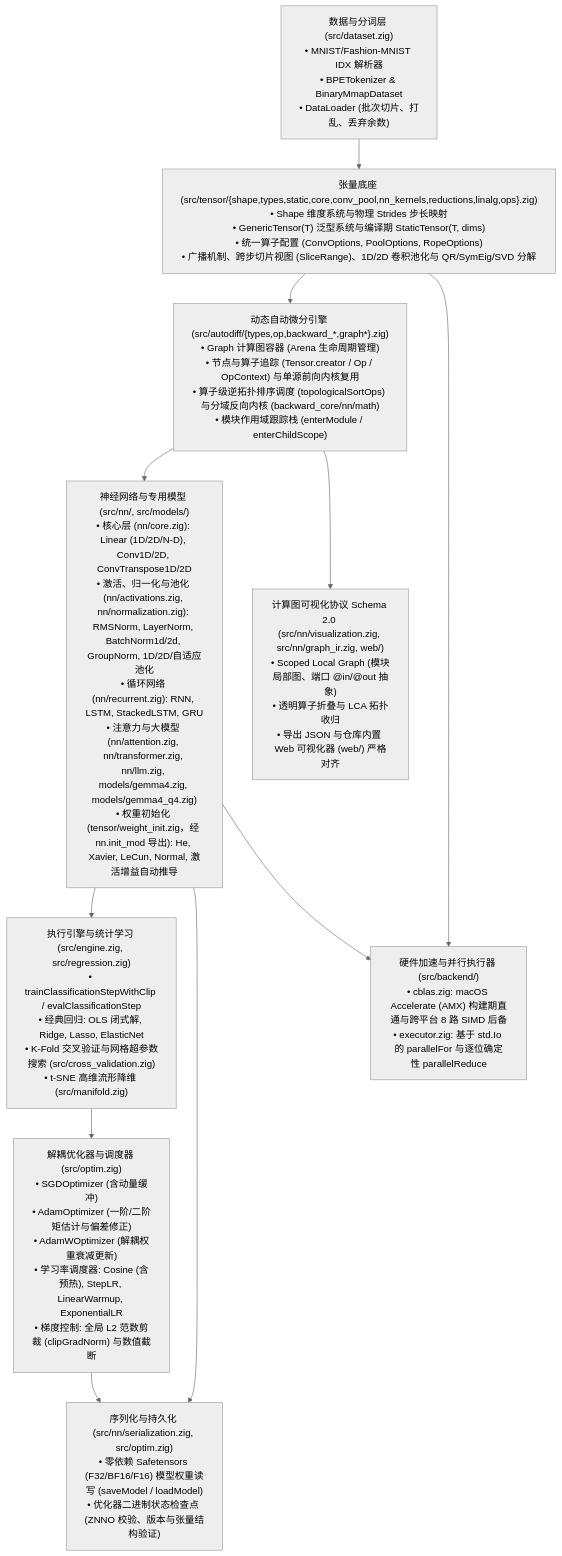
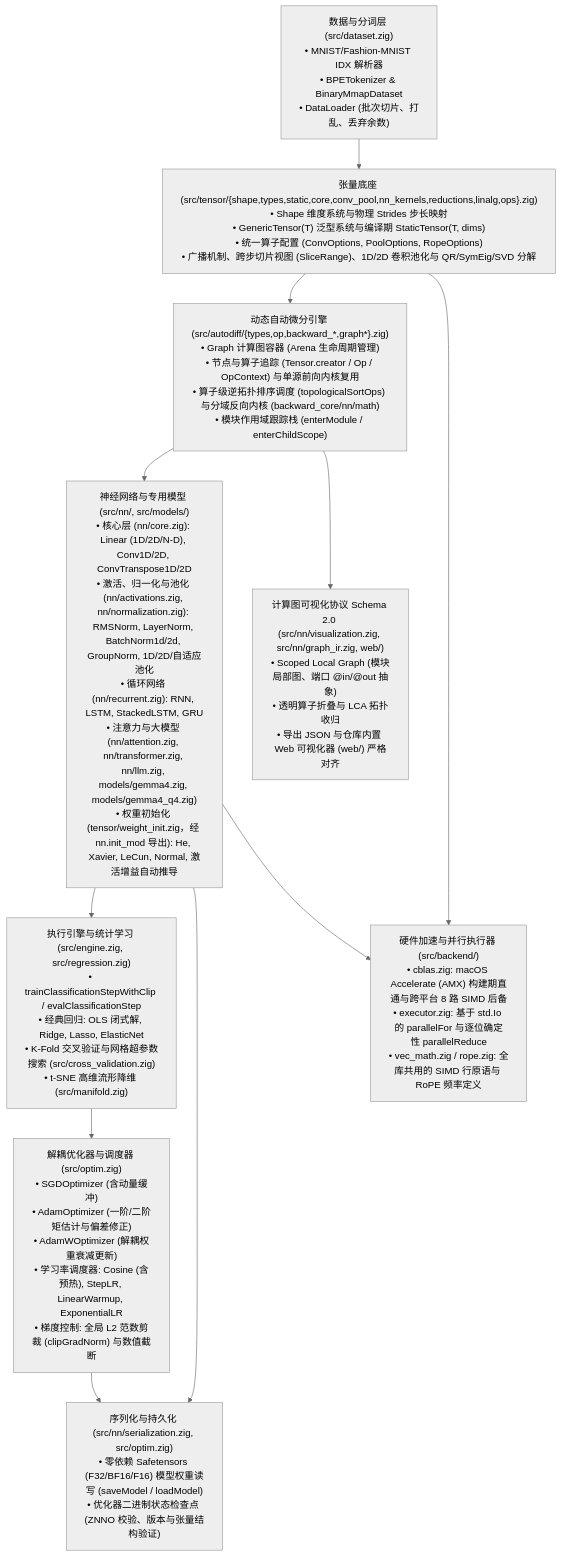
Before and after one commit to chen-gz/znn: the first of 3 diagrams in doc/architecture.md, drawn with Mermaid (neutral theme). The commit also changed other lines of this file and 1 other file, not shown here.

First line of the commit message:
docs(architecture): document shared vec_math, RopeTable and embedding lookup

````diff
--- a/doc/architecture.md
+++ b/doc/architecture.md
@@ -87,31 +90,31 @@
 ```mermaid
 flowchart TD
     Dataset["数据与分词层 (src/dataset.zig)\n• MNIST/Fashion-MNIST IDX 解析器\n• BPETokenizer & BinaryMmapDataset\n• DataLoader (批次切片、打乱、丢弃余数)"]
     
     TensorCore["张量底座 (src/tensor/{shape,types,static,core,conv_pool,nn_kernels,reductions,linalg,ops}.zig)\n• Shape 维度系统与物理 Strides 步长映射\n• GenericTensor(T) 泛型系统与编译期 StaticTensor(T, dims)\n• 统一算子配置 (ConvOptions, PoolOptions, RopeOptions)\n• 广播机制、跨步切片视图 (SliceRange)、1D/2D 卷积池化与 QR/SymEig/SVD 分解"]
     
     Autodiff["动态自动微分引擎 (src/autodiff/{types,op,backward_*,graph*}.zig)\n• Graph 计算图容器 (Arena 生命周期管理)\n• 节点与算子追踪 (Tensor.creator / Op / OpContext) 与单源前向内核复用\n• 算子级逆拓扑排序调度 (topologicalSortOps) 与分域反向内核 (backward_core/nn/math)\n• 模块作用域跟踪栈 (enterModule / enterChildScope)"]
     
     NNModules["神经网络与专用模型 (src/nn/, src/models/)\n• 核心层 (nn/core.zig): Linear (1D/2D/N-D), Conv1D/2D, ConvTranspose1D/2D\n• 激活、归一化与池化 (nn/activations.zig, nn/normalization.zig): RMSNorm, LayerNorm, BatchNorm1d/2d, GroupNorm, 1D/2D/自适应池化\n• 循环网络 (nn/recurrent.zig): RNN, LSTM, StackedLSTM, GRU\n• 注意力与大模型 (nn/attention.zig, nn/transformer.zig, nn/llm.zig, models/gemma4.zig, models/gemma4_q4.zig)\n• 权重初始化 (tensor/weight_init.zig，经 nn.init_mod 导出): He, Xavier, LeCun, Normal, 激活增益自动推导"]
     
     Engine["执行引擎与统计学习 (src/engine.zig, src/regression.zig)\n• trainClassificationStepWithClip / evalClassificationStep\n• 经典回归: OLS 闭式解, Ridge, Lasso, ElasticNet\n• K-Fold 交叉验证与网格超参数搜索 (src/cross_validation.zig)\n• t-SNE 高维流形降维 (src/manifold.zig)"]
     
     Optimizers["解耦优化器与调度器 (src/optim.zig)\n• SGDOptimizer (含动量缓冲)\n• AdamOptimizer (一阶/二阶矩估计与偏差修正)\n• AdamWOptimizer (解耦权重衰减更新)\n• 学习率调度器: Cosine (含预热), StepLR, LinearWarmup, ExponentialLR\n• 梯度控制: 全局 L2 范数剪裁 (clipGradNorm) 与数值截断"]
     
     Persistence["序列化与持久化 (src/nn/serialization.zig, src/optim.zig)\n• 零依赖 Safetensors (F32/BF16/F16) 模型权重读写 (saveModel / loadModel)\n• 优化器二进制状态检查点 (ZNNO 校验、版本与张量结构验证)"]
     
     Visualization["计算图可视化协议 Schema 2.0 (src/nn/visualization.zig, src/nn/graph_ir.zig, web/)\n• Scoped Local Graph (模块局部图、端口 @in/@out 抽象)\n• 透明算子折叠与 LCA 拓扑收归\n• 导出 JSON 与仓库内置 Web 可视化器 (web/) 严格对齐"]
     
-    Backend["硬件加速与并行执行器 (src/backend/)\n• cblas.zig: macOS Accelerate (AMX) 构建期直通与跨平台 8 路 SIMD 后备\n• executor.zig: 基于 std.Io 的 parallelFor 与逐位确定性 parallelReduce"]
+    Backend["硬件加速与并行执行器 (src/backend/)\n• cblas.zig: macOS Accelerate (AMX) 构建期直通与跨平台 8 路 SIMD 后备\n• executor.zig: 基于 std.Io 的 parallelFor 与逐位确定性 parallelReduce\n• vec_math.zig / rope.zig: 全库共用的 SIMD 行原语与 RoPE 频率定义"]
 
     Dataset --> TensorCore
     TensorCore --> Autodiff
     Autodiff --> NNModules
     NNModules --> Engine
     Engine --> Optimizers
     NNModules --> Persistence
     Optimizers --> Persistence
     Autodiff --> Visualization
     TensorCore --> Backend
     NNModules --> Backend
 ```
````
